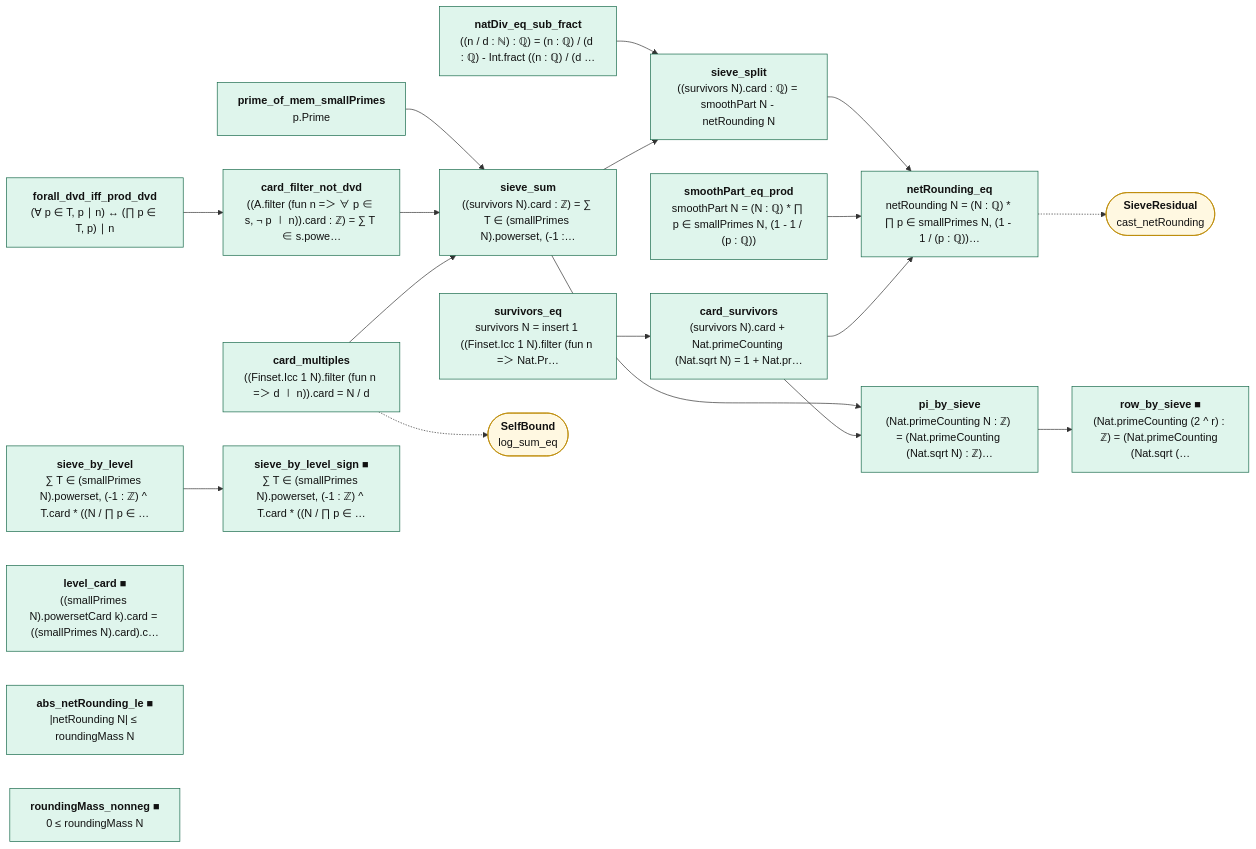
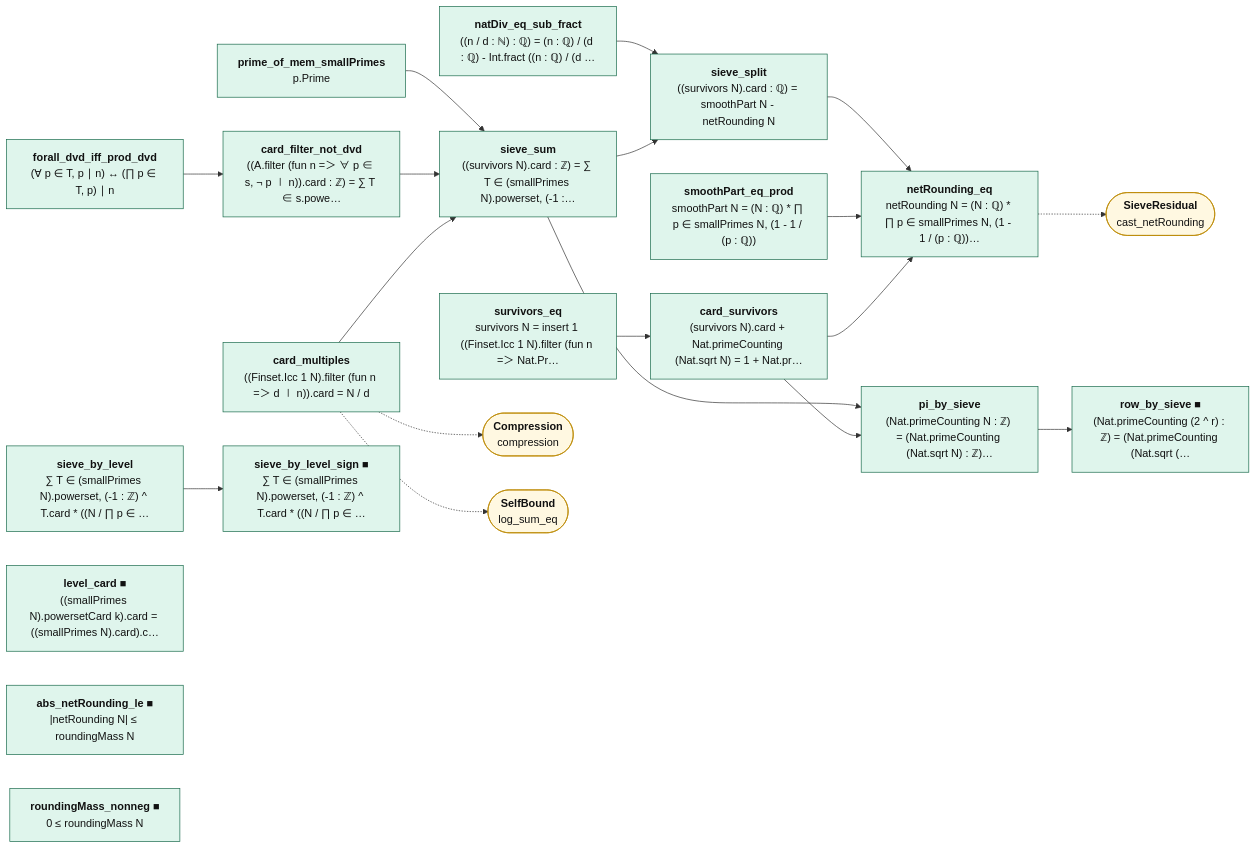
The diagram in map/lean_stage3/SieveExact.mmd (juliansambranojr/Primebeat_081426), drawn with Mermaid before and after one commit. The commit also changed 32 other files, not shown here.

```diff
--- a/map/lean_stage3/SieveExact.mmd
+++ b/map/lean_stage3/SieveExact.mmd
@@ -1,45 +1,47 @@
 flowchart LR
   n0["<b>prime_of_mem_smallPrimes</b><br/>p.Prime"]:::cnt
   n1["<b>forall_dvd_iff_prod_dvd</b><br/>(∀ p ∈ T, p ∣ n) ↔ (∏ p ∈ T, p) ∣ n"]:::cnt
   n2["<b>card_filter_not_dvd</b><br/>((A.filter (fun n =＞ ∀ p ∈ s, ¬ p ∣ n)).card : ℤ) = ∑ T ∈ s.powe…"]:::cnt
   n3["<b>card_multiples</b><br/>((Finset.Icc 1 N).filter (fun n =＞ d ∣ n)).card = N / d"]:::cnt
   n4["<b>sieve_sum</b><br/>((survivors N).card : ℤ) = ∑ T ∈ (smallPrimes N).powerset, (-1 :…"]:::cnt
   n5["<b>survivors_eq</b><br/>survivors N = insert 1 ((Finset.Icc 1 N).filter (fun n =＞ Nat.Pr…"]:::cnt
   n6["<b>card_survivors</b><br/>(survivors N).card + Nat.primeCounting (Nat.sqrt N) = 1 + Nat.pr…"]:::cnt
   n7["<b>pi_by_sieve</b><br/>(Nat.primeCounting N : ℤ) = (Nat.primeCounting (Nat.sqrt N) : ℤ)…"]:::cnt
   n8["<b>row_by_sieve ■</b><br/>(Nat.primeCounting (2 ^ r) : ℤ) = (Nat.primeCounting (Nat.sqrt (…"]:::cnt
   n9["<b>sieve_by_level</b><br/>∑ T ∈ (smallPrimes N).powerset, (-1 : ℤ) ^ T.card * ((N / ∏ p ∈ …"]:::cnt
   n10["<b>sieve_by_level_sign ■</b><br/>∑ T ∈ (smallPrimes N).powerset, (-1 : ℤ) ^ T.card * ((N / ∏ p ∈ …"]:::cnt
   n11["<b>level_card ■</b><br/>((smallPrimes N).powersetCard k).card = ((smallPrimes N).card).c…"]:::cnt
   n12["<b>natDiv_eq_sub_fract</b><br/>((n / d : ℕ) : ℚ) = (n : ℚ) / (d : ℚ) - Int.fract ((n : ℚ) / (d …"]:::cnt
   n13["<b>sieve_split</b><br/>((survivors N).card : ℚ) = smoothPart N - netRounding N"]:::cnt
   n14["<b>smoothPart_eq_prod</b><br/>smoothPart N = (N : ℚ) * ∏ p ∈ smallPrimes N, (1 - 1 / (p : ℚ))"]:::cnt
   n15["<b>abs_netRounding_le ■</b><br/>|netRounding N| ≤ roundingMass N"]:::cnt
   n16["<b>roundingMass_nonneg ■</b><br/>0 ≤ roundingMass N"]:::cnt
   n17["<b>netRounding_eq</b><br/>netRounding N = (N : ℚ) * ∏ p ∈ smallPrimes N, (1 - 1 / (p : ℚ))…"]:::cnt
-  x0(["<b>SelfBound</b><br/>log_sum_eq"]):::ext
-  x1(["<b>SieveResidual</b><br/>cast_netRounding"]):::ext
+  x0(["<b>Compression</b><br/>compression"]):::ext
+  x1(["<b>SelfBound</b><br/>log_sum_eq"]):::ext
+  x2(["<b>SieveResidual</b><br/>cast_netRounding"]):::ext
   n0 --> n4
   n1 --> n2
   n12 --> n13
   n13 --> n17
   n14 --> n17
   n2 --> n4
   n3 --> n4
   n4 --> n13
   n4 --> n7
   n5 --> n6
   n6 --> n17
   n6 --> n7
   n7 --> n8
   n9 --> n10
-  n17 -.-> x1
+  n17 -.-> x2
   n3 -.-> x0
+  n3 -.-> x1
   classDef cnt fill:#dff5ec,stroke:#17694a,color:#111
   classDef shp fill:#f1ecfb,stroke:#5b3fa0,color:#111
   classDef rh fill:#ffe5e5,stroke:#c22,color:#111,stroke-width:2px
   classDef thm fill:#eef4ff,stroke:#335,color:#111
   classDef end_ fill:#e7f7e7,stroke:#2a7,color:#111,stroke-width:2px
   classDef lone fill:#fff,stroke:#999,color:#111,stroke-dasharray:4 3
   classDef bad fill:#ffe5e5,stroke:#c22,color:#111,stroke-width:2px
   classDef ext fill:#fff8e1,stroke:#b80,color:#111
```
